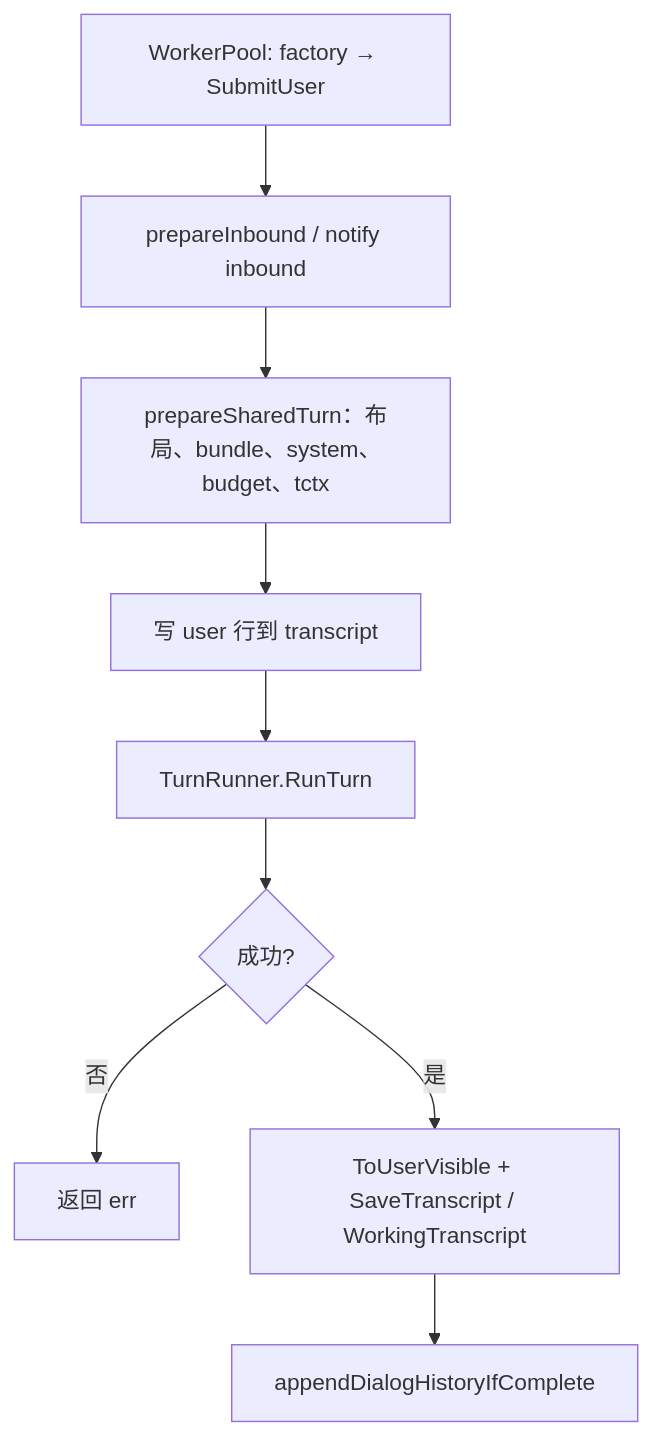
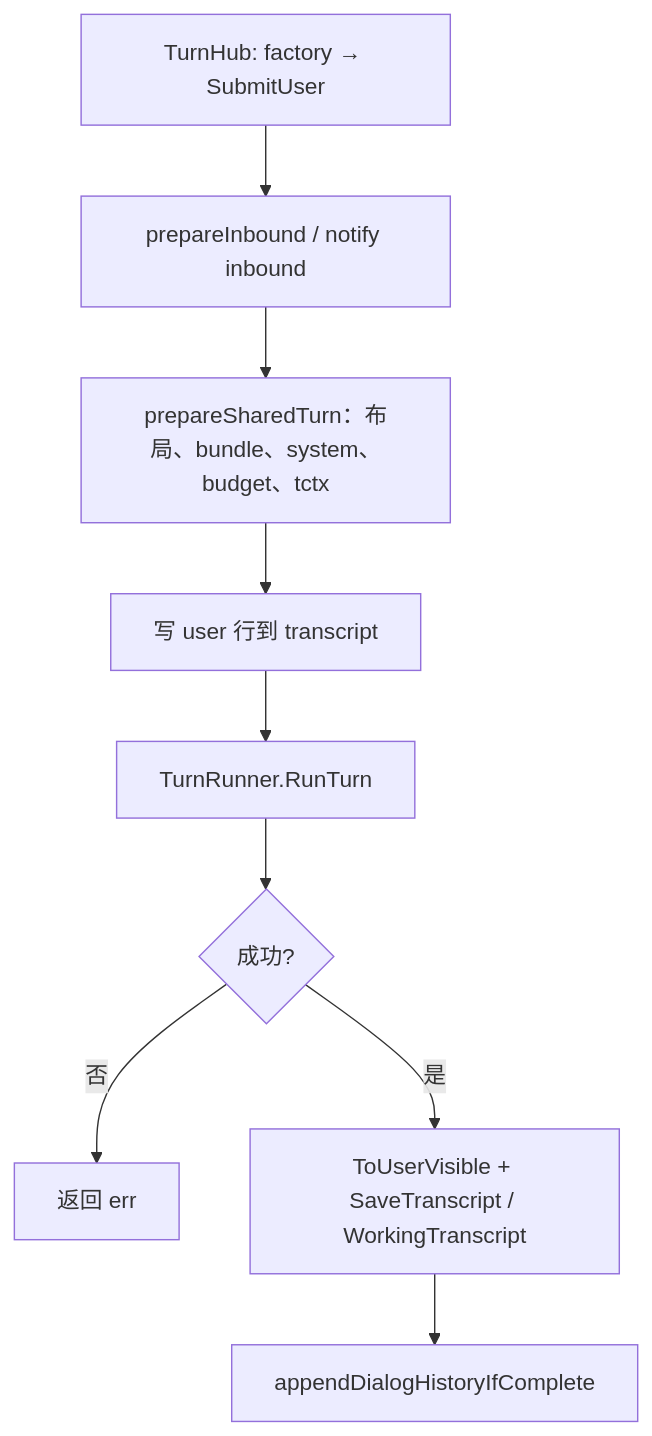
The third of 5 diagrams in docs/runtime-flow.md (lengzhao/oneclaw), drawn with Mermaid before and after one commit. The commit also changed other lines of this file and 83 other files, not shown here.

````diff
--- a/docs/runtime-flow.md
+++ b/docs/runtime-flow.md
@@ -74,11 +74,11 @@
 ```mermaid
 flowchart TB
-  WP[WorkerPool: factory → SubmitUser] --> N1[prepareInbound / notify inbound]
+  WP[TurnHub: factory → SubmitUser] --> N1[prepareInbound / notify inbound]
   N1 --> N2[prepareSharedTurn：布局、bundle、system、budget、tctx]
   N2 --> N3[写 user 行到 transcript]
   N3 --> RT[TurnRunner.RunTurn]
   RT --> OK{成功?}
   OK -->|否| ERR[返回 err]
   OK -->|是| N4[ToUserVisible + SaveTranscript / WorkingTranscript]
   N4 --> DH[appendDialogHistoryIfComplete]
 ```
````
